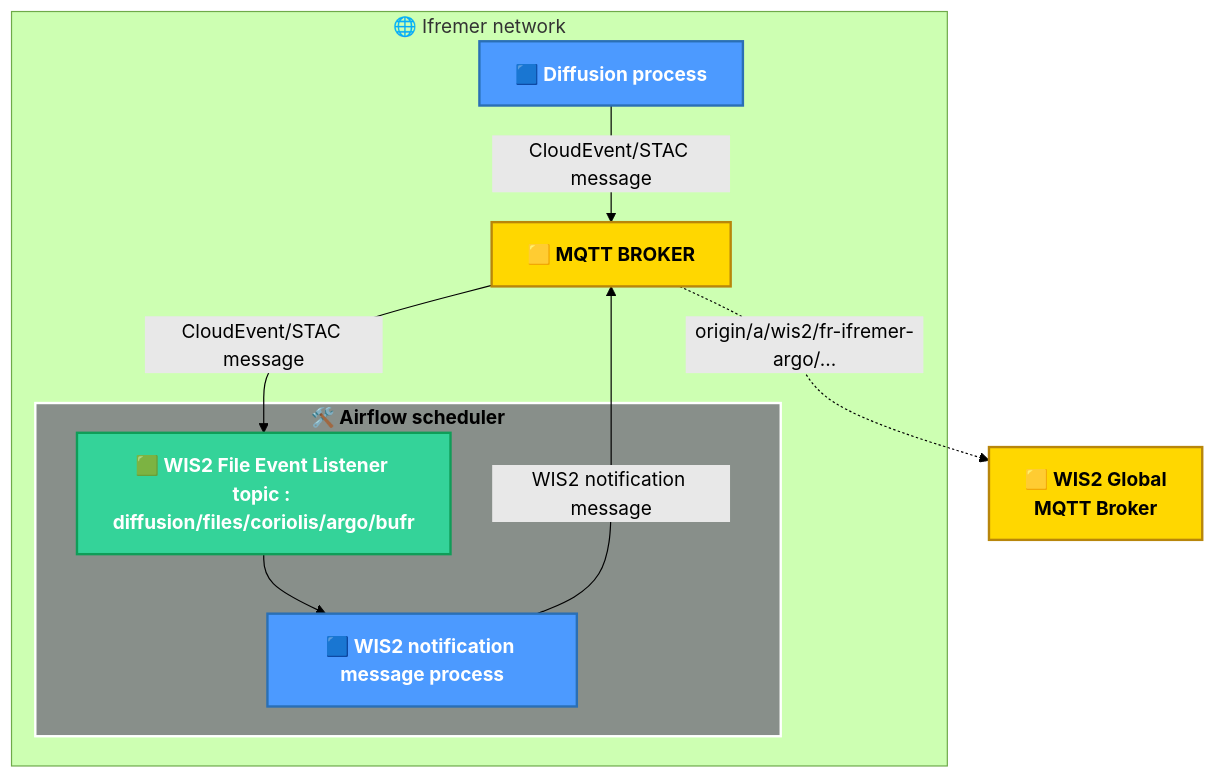
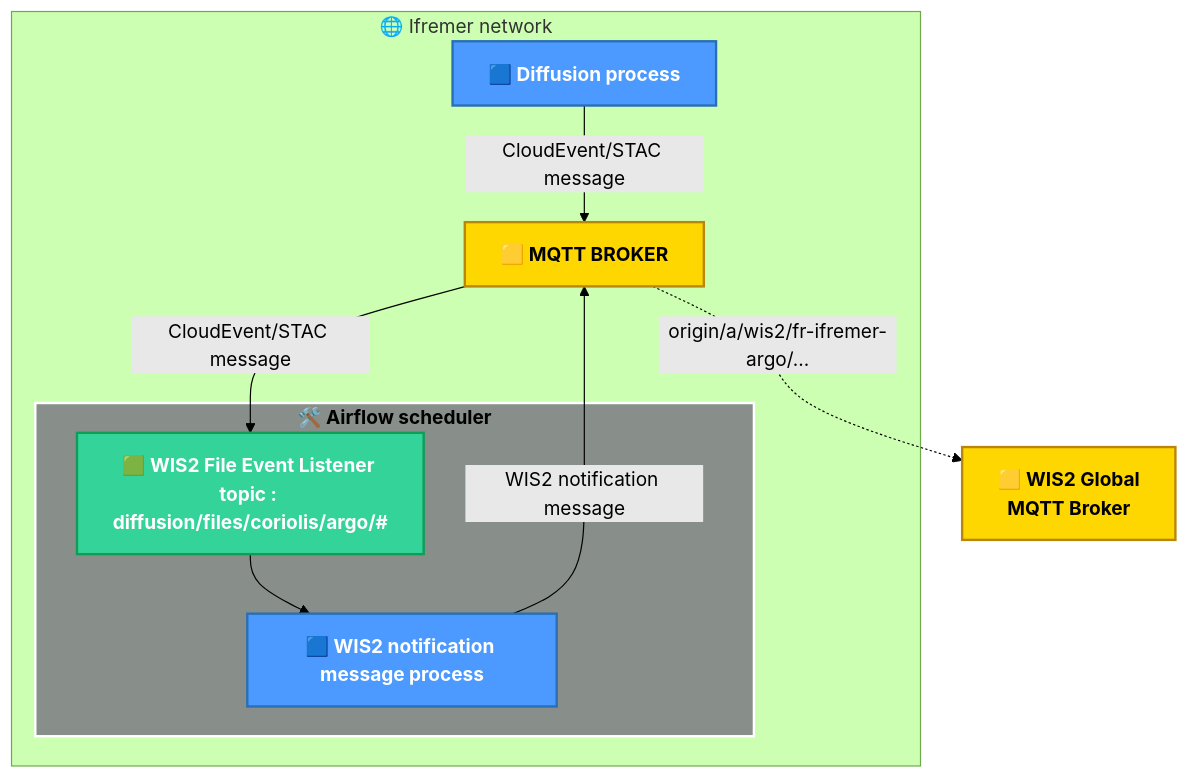
One commit to ifremer/wis2-data-processing-chain changed the diagram in README.md. Above: the diagram before and after it, drawn with Mermaid (forest theme). The commit also changed other lines of this file and 6 other files, not shown here.

````diff
--- a/README.md
+++ b/README.md
@@ -31,37 +22,37 @@
 ```mermaid
 graph TB;
 %% Définition des styles
 classDef process fill:#4C9AFF,stroke:#2A6FB5,stroke-width:2px,color:#fff,font-weight:bold;
 classDef broker fill:#FFD700,stroke:#B8860B,stroke-width:2px,color:#000,font-weight:bold;
 classDef listener fill:#34D399,stroke:#0F9D58,stroke-width:2px,color:#fff,font-weight:bold;
 classDef airflow fill:#888f8a,stroke:#ffffff,stroke-width:2px,color:#000,font-weight:bold;
 
 
 %% Sous-graph pour représenter un réseau interne
 subgraph internal_network["🌐 Ifremer network"]
   diffusion_process["🟦 Diffusion process"]:::process
   broker_ifremer["🟨 MQTT BROKER"]:::broker
 
   %% Début du style pour Airflow
   subgraph airflow_subgraph["🛠️ Airflow scheduler"]
-    mqtt_listener["🟩 WIS2 File Event Listener <br/>topic : diffusion/files/coriolis/argo/bufr"]:::listener
+    mqtt_listener["🟩 WIS2 File Event Listener <br/>topic : diffusion/files/coriolis/argo/#"]:::listener
     notification_message_process["🟦 WIS2 notification message process"]:::process
   end
   
   %% Connexions internes
   diffusion_process -->|CloudEvent/STAC message| broker_ifremer
   broker_ifremer -->|CloudEvent/STAC message| mqtt_listener
   mqtt_listener --> notification_message_process
   notification_message_process -->|WIS2 notification message| broker_ifremer
 end
 
 %% Noeud externe placé en dehors du réseau interne
 broker_wis2["🟨 WIS2 Global <br/> MQTT Broker"]:::broker
 
 %% Liaison entre le réseau interne et le broker externe
 broker_ifremer -.->|origin/a/wis2/fr-ifremer-argo/...| broker_wis2
 
 %% Application des styles après la déclaration du sous-graph
 class airflow_subgraph airflow;
 
 ```
````
